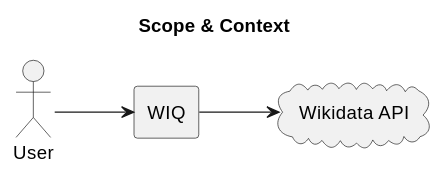
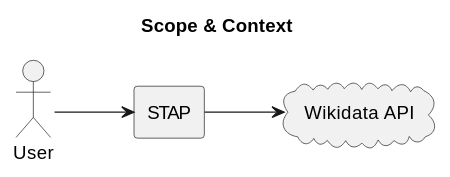
One commit to UO289930/wiq_en3a changed the first of 5 diagrams in docs/src/05_building_block_view.adoc. Above: the diagram before and after it, drawn with PlantUML. The commit also changed other lines of this file and 3 other files, not shown here.

```diff
--- a/docs/src/05_building_block_view.adoc
+++ b/docs/src/05_building_block_view.adoc
@@ -67,18 +67,18 @@
 [plantuml, format="png"]
 ----
 @startuml
 title Scope & Context
 left to right direction
 ' Define custom style for components
 skinparam componentStyle uml2
 
 ' Define components as rectangles without default stereotypes
-rectangle "WIQ" as WIQ
+rectangle "STAP" as STAP
 cloud "Wikidata API" as WikidataAPI
 actor "User" as User
 
 ' Define connections
-User --> WIQ
-WIQ --> WikidataAPI
+User --> STAP
+STAP --> WikidataAPI
 @enduml
 ----
```
